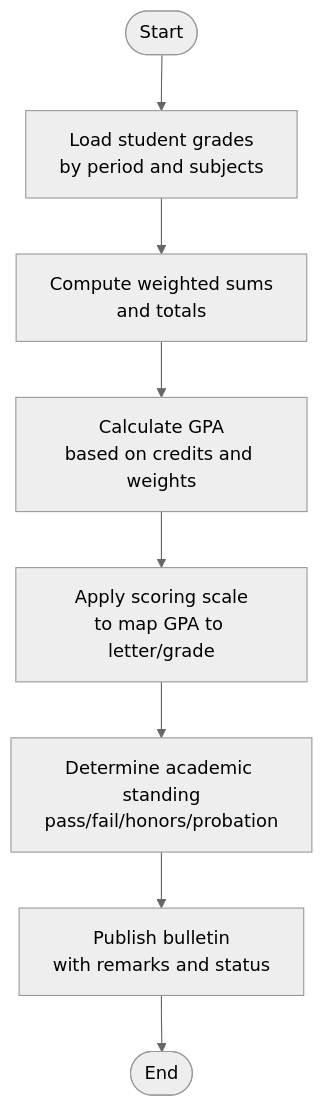
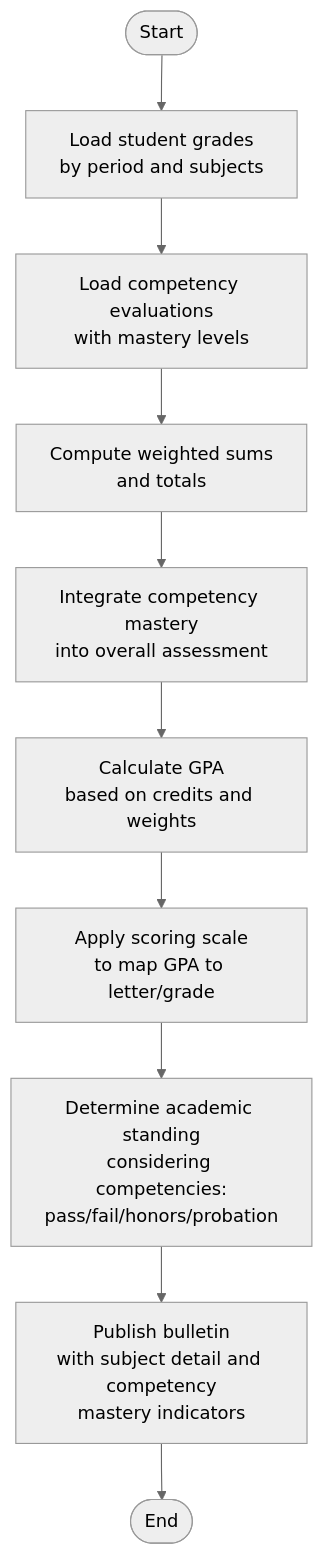
Before and after one commit to franckylab/eLISAschool: the seventh of 9 diagrams in .qoder/repowiki/en/content/Modules & Features/Academic Modules/Grading System & Bulletins.md, drawn with Mermaid (neutral theme). The commit also changed other lines of this file and 53 other files, not shown here.

````diff
--- a/.qoder/repowiki/en/content/Modules & Features/Academic Modules/Grading System & Bulletins.md
+++ b/.qoder/repowiki/en/content/Modules & Features/Academic Modules/Grading System & Bulletins.md
@@ -430,10 +553,12 @@
 ```mermaid
 flowchart TD
 Start(["Start"]) --> LoadNotes["Load student grades<br/>by period and subjects"]
-LoadNotes --> ComputeWeighted["Compute weighted sums<br/>and totals"]
-ComputeWeighted --> CalcGPA["Calculate GPA<br/>based on credits and weights"]
+LoadNotes --> LoadCompetencies["Load competency evaluations<br/>with mastery levels"]
+LoadCompetencies --> ComputeWeighted["Compute weighted sums<br/>and totals"]
+ComputeWeighted --> IntegrateCompetencies["Integrate competency mastery<br/>into overall assessment"]
+IntegrateCompetencies --> CalcGPA["Calculate GPA<br/>based on credits and weights"]
 CalcGPA --> ApplyScale["Apply scoring scale<br/>to map GPA to letter/grade"]
-ApplyScale --> DetermineStanding["Determine academic standing<br/>pass/fail/honors/probation"]
-DetermineStanding --> Publish["Publish bulletin<br/>with remarks and status"]
+ApplyScale --> DetermineStanding["Determine academic standing<br/>considering competencies:<br/>pass/fail/honors/probation"]
+DetermineStanding --> Publish["Publish bulletin<br/>with subject detail and competency<br/>mastery indicators"]
 Publish --> End(["End"])
 ```
````
